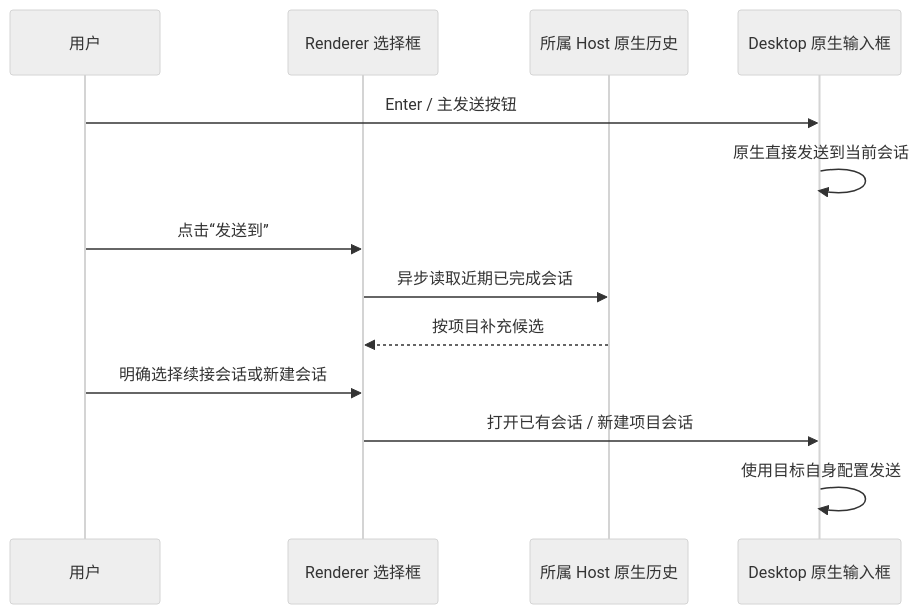
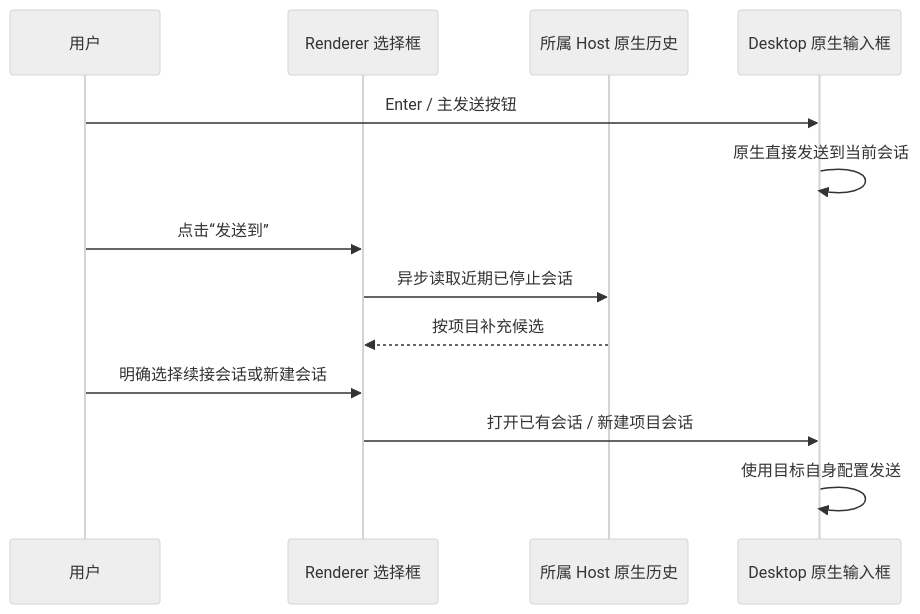
One commit to zjarlin/codex-buddy changed the diagram in docs/product/buddy-auto-router.md. Above: the diagram before and after it, drawn with Mermaid (neutral theme). The commit also changed other lines of this file and 37 other files, not shown here.

````diff
--- a/docs/product/buddy-auto-router.md
+++ b/docs/product/buddy-auto-router.md
@@ -236,15 +238,15 @@
 ```mermaid
 sequenceDiagram
     participant U as 用户
     participant R as Renderer 选择框
     participant H as 所属 Host 原生历史
     participant D as Desktop 原生输入框
     U->>D: Enter / 主发送按钮
     D->>D: 原生直接发送到当前会话
     U->>R: 点击“发送到”
-    R->>H: 异步读取近期已完成会话
+    R->>H: 异步读取近期已停止会话
     H-->>R: 按项目补充候选
     U->>R: 明确选择续接会话或新建会话
     R->>D: 打开已有会话 / 新建项目会话
     D->>D: 使用目标自身配置发送
 ```
````
